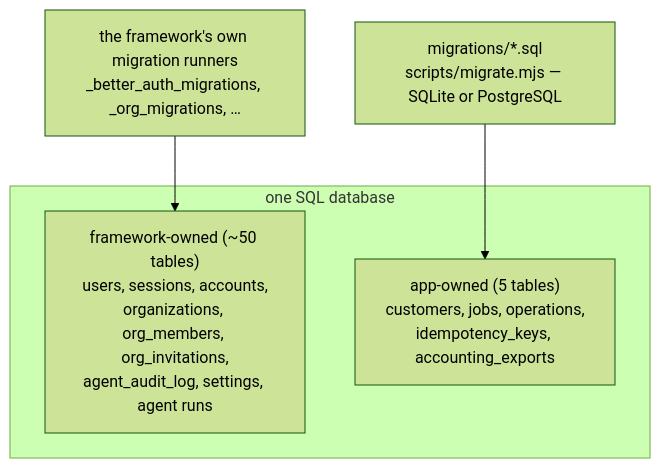
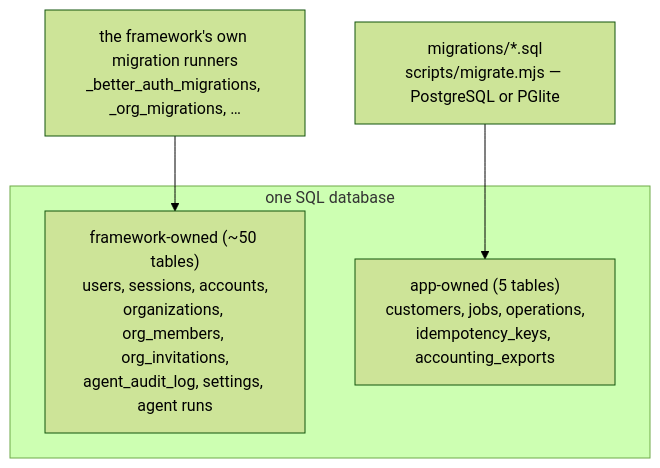
One commit to anbergem/agent-native-clever-cloud-starter changed diagram 11 of 14 in ARCHITECTURE.md. Above: the diagram before and after it, drawn with Mermaid (forest theme). The commit also changed other lines of this file and 42 other files, not shown here.

First line of the commit message:
chore(deps): agent-native 0.198.2, and PostgreSQL in every environment

````diff
--- a/ARCHITECTURE.md
+++ b/ARCHITECTURE.md
@@ -455,9 +455,9 @@
 ```mermaid
 flowchart TB
   subgraph DB["one SQL database"]
     FW["framework-owned (~50 tables)<br/>users, sessions, accounts,<br/>organizations, org_members, org_invitations,<br/>agent_audit_log, settings, agent runs"]
     APP["app-owned (5 tables)<br/>customers, jobs, operations,<br/>idempotency_keys, accounting_exports"]
   end
   R1["the framework's own migration runners<br/>_better_auth_migrations, _org_migrations, …"] --> FW
-  R2["migrations/*.sql<br/>scripts/migrate.mjs — SQLite or PostgreSQL"] --> APP
+  R2["migrations/*.sql<br/>scripts/migrate.mjs — PostgreSQL or PGlite"] --> APP
 ```
````
